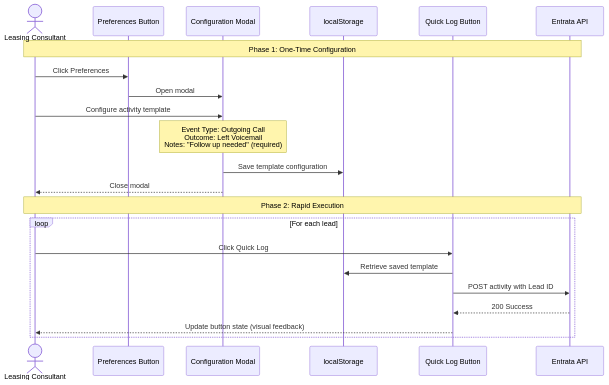
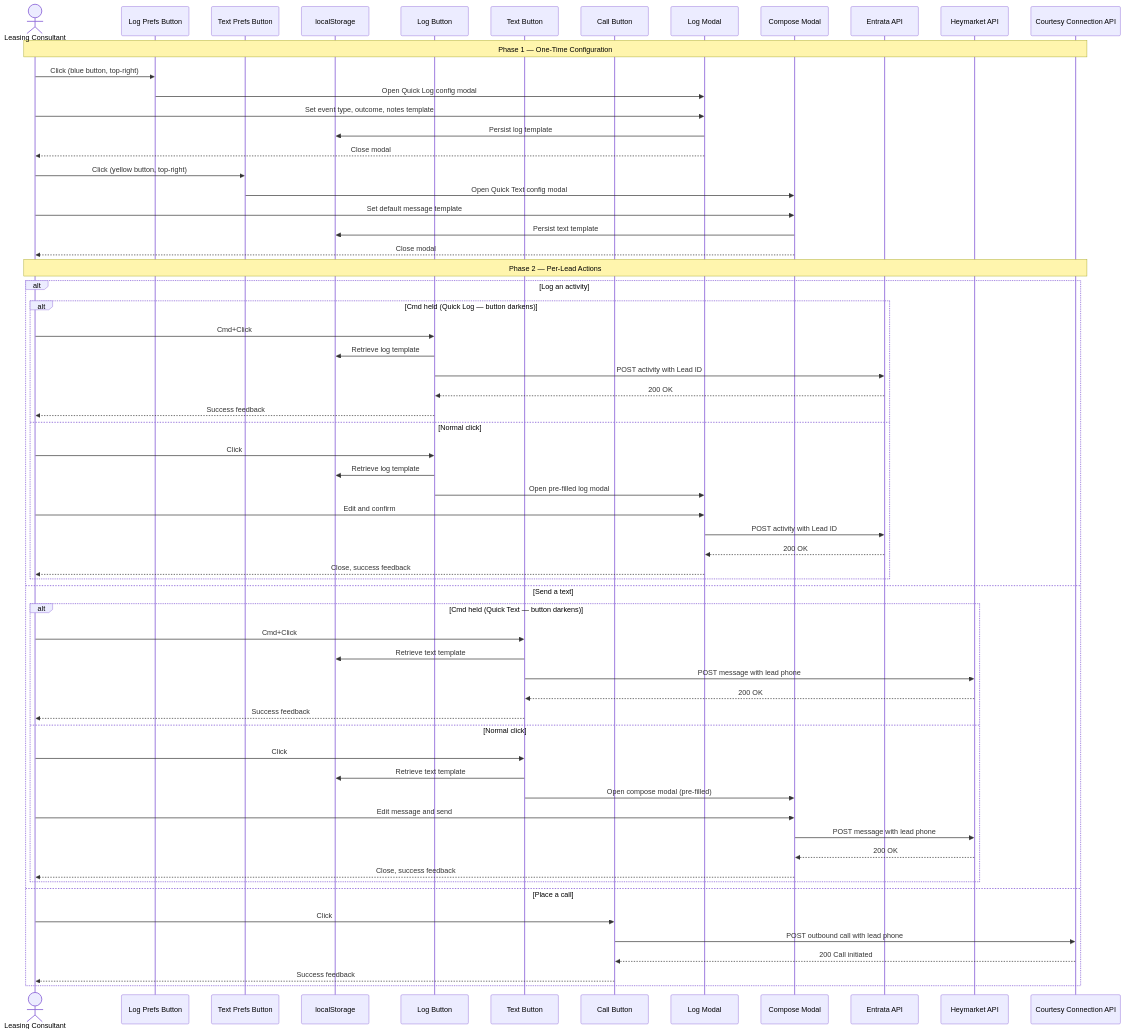
The diagram in docs/PRD.md (samuelglee06/Juliet), drawn with Mermaid before and after one commit. The commit also changed other lines of this file, not shown here.

````diff
--- a/docs/PRD.md
+++ b/docs/PRD.md
@@ -46,26 +55,68 @@
 ```mermaid
 sequenceDiagram
     actor User as Leasing Consultant
-    participant PrefsBtn as Preferences Button
-    participant Modal as Configuration Modal
+    participant LogPrefs as Log Prefs Button
+    participant TextPrefs as Text Prefs Button
     participant Storage as localStorage
-    participant QuickLog as Quick Log Button
-    participant API as Entrata API
-    
-    Note over User,API: Phase 1: One-Time Configuration
-    User->>PrefsBtn: Click Preferences
-    PrefsBtn->>Modal: Open modal
-    User->>Modal: Configure activity template
-    Note over Modal: Event Type: Outgoing Call<br/>Outcome: Left Voicemail<br/>Notes: "Follow up needed" (required)
-    Modal->>Storage: Save template configuration
-    Modal-->>User: Close modal
-    
-    Note over User,API: Phase 2: Rapid Execution
-    loop For each lead
-        User->>QuickLog: Click Quick Log
-        QuickLog->>Storage: Retrieve saved template
-        QuickLog->>API: POST activity with Lead ID
-        API-->>QuickLog: 200 Success
-        QuickLog-->>User: Update button state (visual feedback)
+    participant LogBtn as Log Button
+    participant TextBtn as Text Button
+    participant CallBtn as Call Button
+    participant LogModal as Log Modal
+    participant ComposeModal as Compose Modal
+    participant EntrataAPI as Entrata API
+    participant HeymarketAPI as Heymarket API
+    participant CCAPI as Courtesy Connection API
+
+    Note over User,CCAPI: Phase 1 — One-Time Configuration
+    User->>LogPrefs: Click (blue button, top-right)
+    LogPrefs->>LogModal: Open Quick Log config modal
+    User->>LogModal: Set event type, outcome, notes template
+    LogModal->>Storage: Persist log template
+    LogModal-->>User: Close modal
+
+    User->>TextPrefs: Click (yellow button, top-right)
+    TextPrefs->>ComposeModal: Open Quick Text config modal
+    User->>ComposeModal: Set default message template
+    ComposeModal->>Storage: Persist text template
+    ComposeModal-->>User: Close modal
+
+    Note over User,CCAPI: Phase 2 — Per-Lead Actions
+    alt Log an activity
+        alt Cmd held (Quick Log — button darkens)
+            User->>LogBtn: Cmd+Click
+            LogBtn->>Storage: Retrieve log template
+            LogBtn->>EntrataAPI: POST activity with Lead ID
+            EntrataAPI-->>LogBtn: 200 OK
+            LogBtn-->>User: Success feedback
+        else Normal click
+            User->>LogBtn: Click
+            LogBtn->>Storage: Retrieve log template
+            LogBtn->>LogModal: Open pre-filled log modal
+            User->>LogModal: Edit and confirm
+            LogModal->>EntrataAPI: POST activity with Lead ID
+            EntrataAPI-->>LogModal: 200 OK
+            LogModal-->>User: Close, success feedback
+        end
+    else Send a text
+        alt Cmd held (Quick Text — button darkens)
+            User->>TextBtn: Cmd+Click
+            TextBtn->>Storage: Retrieve text template
+            TextBtn->>HeymarketAPI: POST message with lead phone
+            HeymarketAPI-->>TextBtn: 200 OK
+            TextBtn-->>User: Success feedback
+        else Normal click
+            User->>TextBtn: Click
+            TextBtn->>Storage: Retrieve text template
+            TextBtn->>ComposeModal: Open compose modal (pre-filled)
+            User->>ComposeModal: Edit message and send
+            ComposeModal->>HeymarketAPI: POST message with lead phone
+            HeymarketAPI-->>ComposeModal: 200 OK
+            ComposeModal-->>User: Close, success feedback
+        end
+    else Place a call
+        User->>CallBtn: Click
+        CallBtn->>CCAPI: POST outbound call with lead phone
+        CCAPI-->>CallBtn: 200 Call initiated
+        CallBtn-->>User: Success feedback
     end
 ```
````
